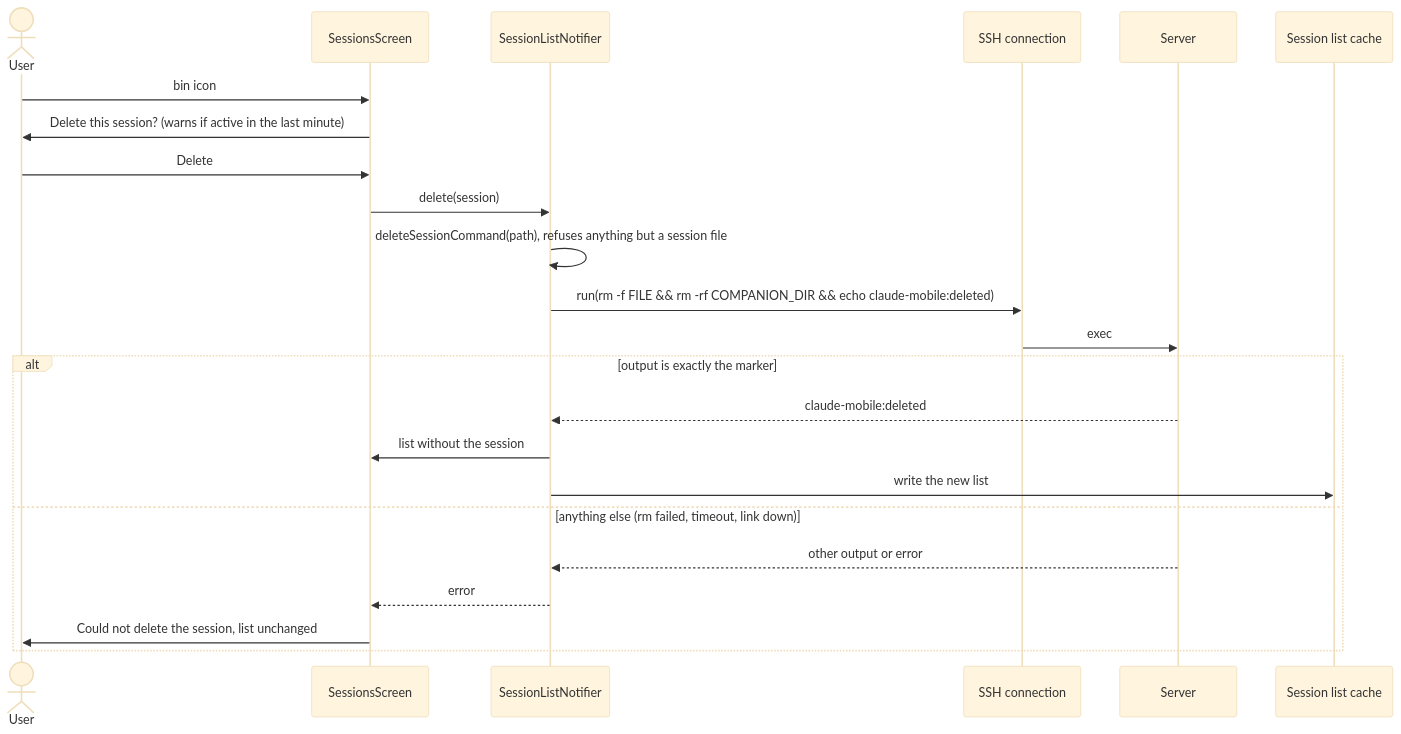
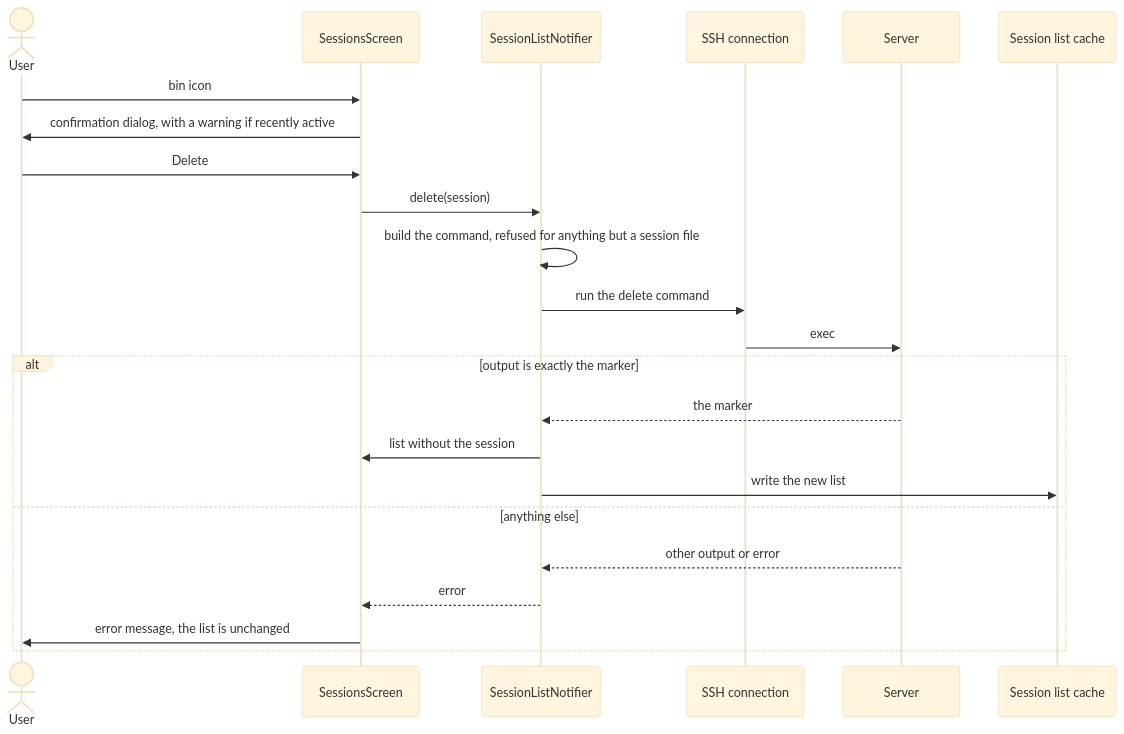
The fifth of 5 diagrams in README.md (stephaneHerraiz/claude-mobile), drawn with Mermaid (base theme) before and after one commit. The commit also changed other lines of this file, not shown here.

First line of the commit message:
docs: keep shell syntax out of the README diagrams

````diff
--- a/README.md
+++ b/README.md
@@ -221,26 +221,26 @@
 ```mermaid
 sequenceDiagram
   actor User
   participant List as SessionsScreen
   participant N as SessionListNotifier
   participant SSH as SSH connection
   participant Server
   participant Cache as Session list cache
 
   User->>List: bin icon
-  List->>User: Delete this session? (warns if active in the last minute)
+  List->>User: confirmation dialog, with a warning if recently active
   User->>List: Delete
   List->>N: delete(session)
-  N->>N: deleteSessionCommand(path), refuses anything but a session file
-  N->>SSH: run(rm -f FILE && rm -rf COMPANION_DIR && echo claude-mobile:deleted)
+  N->>N: build the command, refused for anything but a session file
+  N->>SSH: run the delete command
   SSH->>Server: exec
   alt output is exactly the marker
-    Server-->>N: claude-mobile:deleted
+    Server-->>N: the marker
     N->>List: list without the session
     N->>Cache: write the new list
-  else anything else (rm failed, timeout, link down)
+  else anything else
     Server-->>N: other output or error
     N-->>List: error
-    List->>User: Could not delete the session, list unchanged
+    List->>User: error message, the list is unchanged
   end
 ```
````
